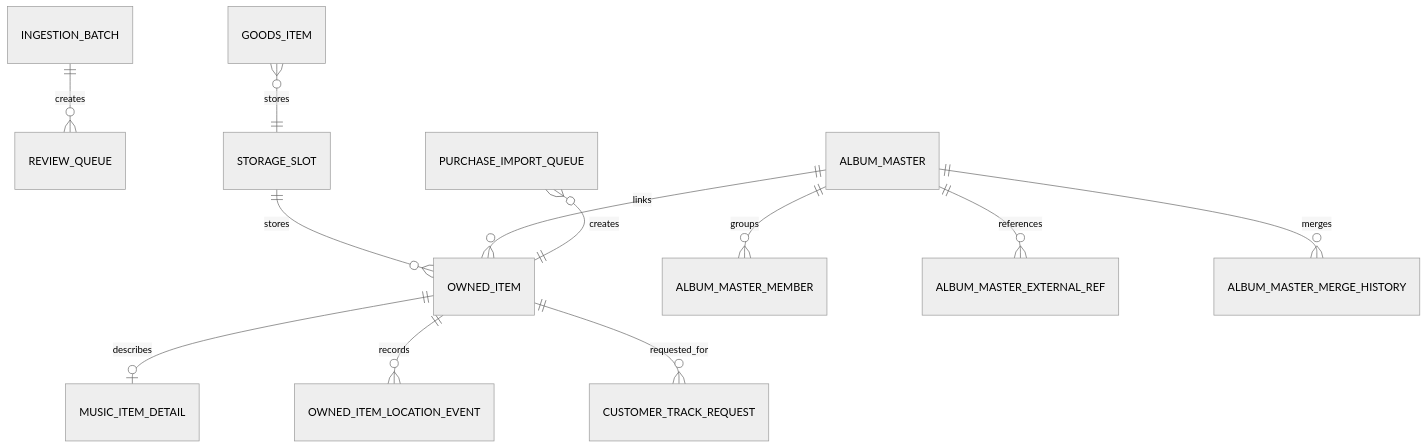
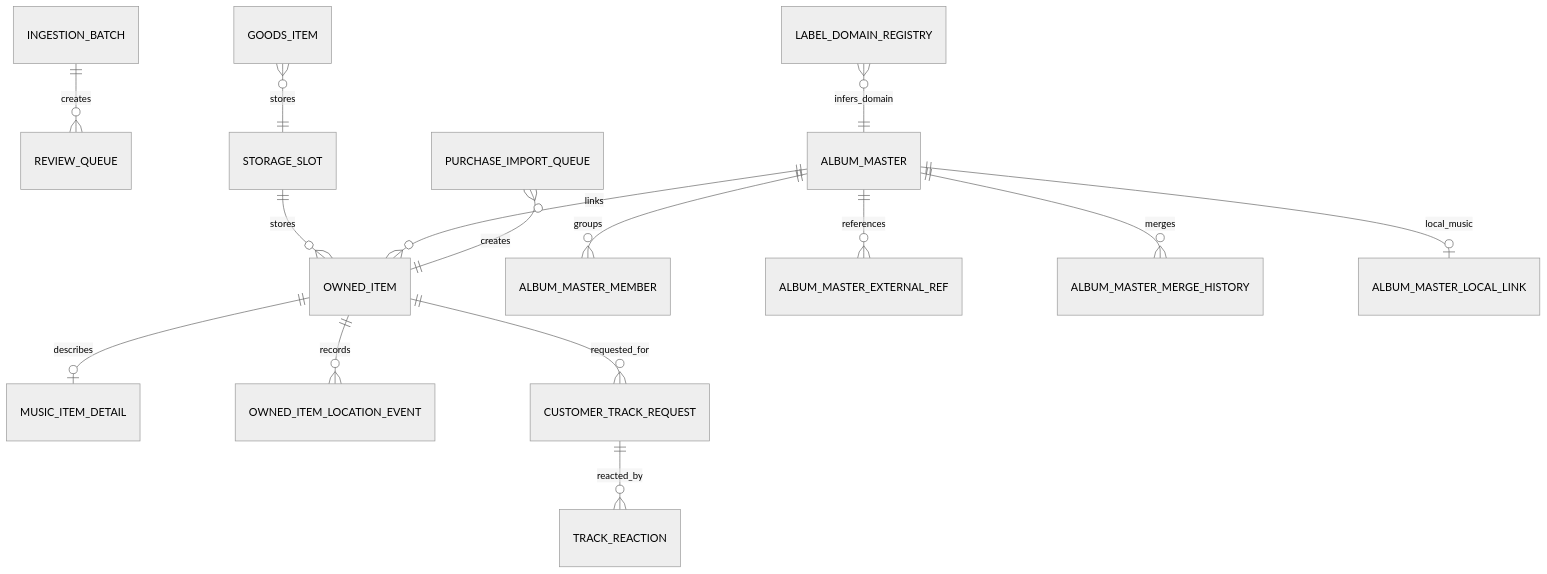
The diagram in docs/library_erd_operator.md (muzlife/Music-Library), drawn with Mermaid (neutral theme) before and after one commit. The commit also changed other lines of this file and 10 other files, not shown here.

First line of the commit message:
feat: local player dual-mode, track duration backfill, meta info panel

````diff
--- a/docs/library_erd_operator.md
+++ b/docs/library_erd_operator.md
@@ -8,14 +10,17 @@
 ```mermaid
 erDiagram
     INGESTION_BATCH ||--o{ REVIEW_QUEUE : creates
     STORAGE_SLOT ||--o{ OWNED_ITEM : stores
     OWNED_ITEM ||--o| MUSIC_ITEM_DETAIL : describes
     OWNED_ITEM ||--o{ OWNED_ITEM_LOCATION_EVENT : records
     ALBUM_MASTER ||--o{ OWNED_ITEM : links
     ALBUM_MASTER ||--o{ ALBUM_MASTER_MEMBER : groups
     ALBUM_MASTER ||--o{ ALBUM_MASTER_EXTERNAL_REF : references
     ALBUM_MASTER ||--o{ ALBUM_MASTER_MERGE_HISTORY : merges
+    ALBUM_MASTER ||--o| ALBUM_MASTER_LOCAL_LINK : local_music
     OWNED_ITEM ||--o{ CUSTOMER_TRACK_REQUEST : requested_for
+    CUSTOMER_TRACK_REQUEST ||--o{ TRACK_REACTION : reacted_by
     PURCHASE_IMPORT_QUEUE }o--|| OWNED_ITEM : creates
     GOODS_ITEM }o--|| STORAGE_SLOT : stores
+    LABEL_DOMAIN_REGISTRY }o--|| ALBUM_MASTER : infers_domain
 ```
````
